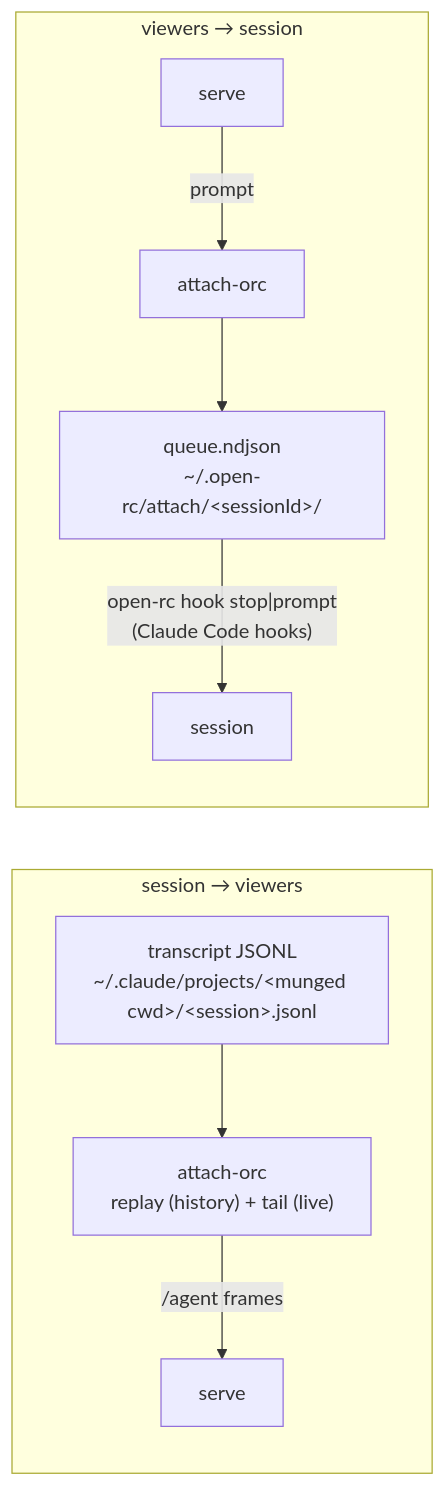
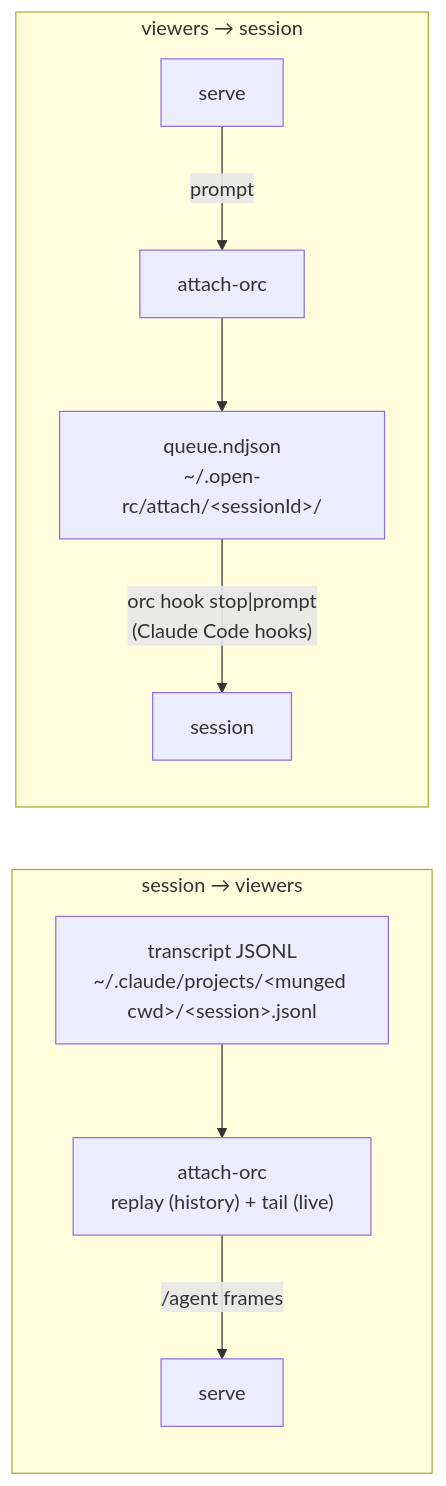
The second of 2 diagrams in docs/architecture.md (Cohey0727/OpenRemoteControl), drawn with Mermaid before and after one commit. The commit also changed other lines of this file and 26 other files, not shown here.

````diff
--- a/docs/architecture.md
+++ b/docs/architecture.md
@@ -212,13 +212,13 @@
 ```mermaid
 flowchart LR
     subgraph out["session → viewers"]
         jsonl["transcript JSONL<br/>~/.claude/projects/&lt;munged cwd&gt;/&lt;session&gt;.jsonl"]
         ao1["attach-orc<br/>replay (history) + tail (live)"]
         jsonl --> ao1 -- "/agent frames" --> serve1["serve"]
     end
     subgraph back["viewers → session"]
         serve2["serve"] -- prompt --> ao2["attach-orc"]
         ao2 --> q["queue.ndjson<br/>~/.open-rc/attach/&lt;sessionId&gt;/"]
-        q -- "open-rc hook stop|prompt<br/>(Claude Code hooks)" --> sess["session"]
+        q -- "orc hook stop|prompt<br/>(Claude Code hooks)" --> sess["session"]
     end
 ```
````
